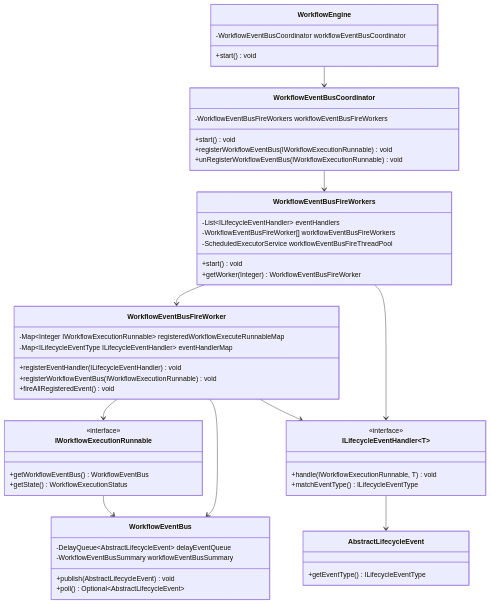
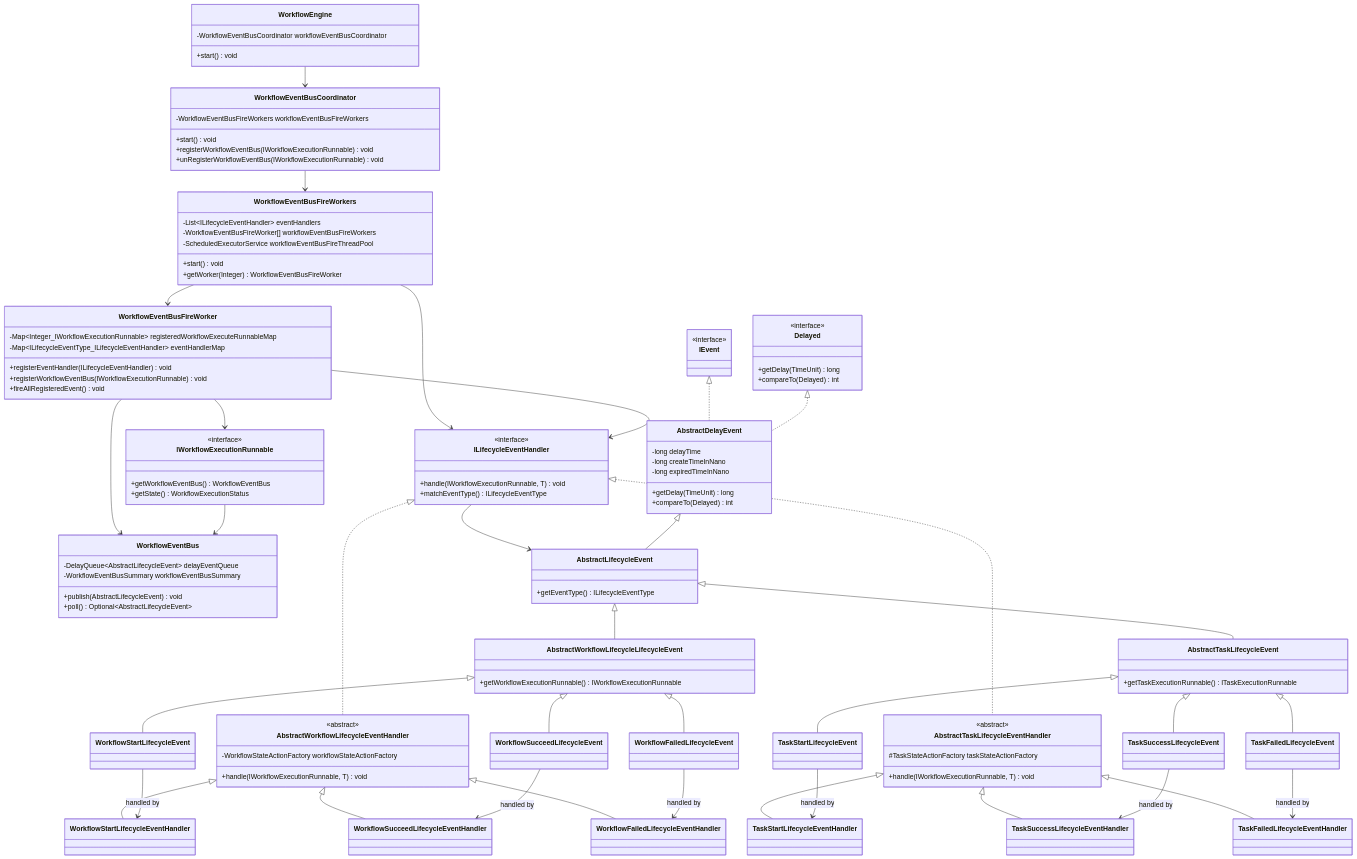
Diagram 12 of 13 in dolphinscheduler-master/analyze/master启动/8-工作流引擎/8-1-工作流事件总线协调器.md (vanchan5/dolphinscheduler), drawn with Mermaid before and after one commit.

Commit message:
[feat] 工作流事件总线协调器

````diff
--- a/dolphinscheduler-master/analyze/master启动/8-工作流引擎/8-1-工作流事件总线协调器.md
+++ b/dolphinscheduler-master/analyze/master启动/8-工作流引擎/8-1-工作流事件总线协调器.md
@@ -540,8 +540,8 @@
     }
     
     class WorkflowEventBusFireWorker {
-        -Map~Integer IWorkflowExecutionRunnable~ registeredWorkflowExecuteRunnableMap
-        -Map~ILifecycleEventType ILifecycleEventHandler~ eventHandlerMap
+        -Map~Integer_IWorkflowExecutionRunnable~ registeredWorkflowExecuteRunnableMap
+        -Map~ILifecycleEventType_ILifecycleEventHandler~ eventHandlerMap
         +registerEventHandler(ILifecycleEventHandler) void
         +registerWorkflowEventBus(IWorkflowExecutionRunnable) void
         +fireAllRegisteredEvent() void
@@ -560,15 +560,69 @@
         +getState() WorkflowExecutionStatus
     }
     
-    class ILifecycleEventHandler~T~ {
+    class IEvent {
+        <<interface>>
+    }
+    
+    class Delayed {
+        <<interface>>
+        +getDelay(TimeUnit) long
+        +compareTo(Delayed) int
+    }
+    
+    class AbstractDelayEvent {
+        -long delayTime
+        -long createTimeInNano
+        -long expiredTimeInNano
+        +getDelay(TimeUnit) long
+        +compareTo(Delayed) int
+    }
+    
+    class AbstractLifecycleEvent {
+        +getEventType() ILifecycleEventType
+    }
+    
+    class AbstractWorkflowLifecycleLifecycleEvent {
+        +getWorkflowExecutionRunnable() IWorkflowExecutionRunnable
+    }
+    
+    class AbstractTaskLifecycleEvent {
+        +getTaskExecutionRunnable() ITaskExecutionRunnable
+    }
+    
+    class ILifecycleEventHandler {
         <<interface>>
         +handle(IWorkflowExecutionRunnable, T) void
         +matchEventType() ILifecycleEventType
     }
     
-    class AbstractLifecycleEvent {
-        +getEventType() ILifecycleEventType
+    class AbstractWorkflowLifecycleEventHandler {
+        <<abstract>>
+        -WorkflowStateActionFactory workflowStateActionFactory
+        +handle(IWorkflowExecutionRunnable, T) void
     }
+    
+    class AbstractTaskLifecycleEventHandler {
+        <<abstract>>
+        #TaskStateActionFactory taskStateActionFactory
+        +handle(IWorkflowExecutionRunnable, T) void
+    }
+    
+    class WorkflowStartLifecycleEvent
+    class WorkflowSucceedLifecycleEvent
+    class WorkflowFailedLifecycleEvent
+    
+    class TaskStartLifecycleEvent
+    class TaskSuccessLifecycleEvent
+    class TaskFailedLifecycleEvent
+    
+    class WorkflowStartLifecycleEventHandler
+    class WorkflowSucceedLifecycleEventHandler
+    class WorkflowFailedLifecycleEventHandler
+    
+    class TaskStartLifecycleEventHandler
+    class TaskSuccessLifecycleEventHandler
+    class TaskFailedLifecycleEventHandler
     
     WorkflowEngine --> WorkflowEventBusCoordinator
     WorkflowEventBusCoordinator --> WorkflowEventBusFireWorkers
@@ -579,4 +633,36 @@
     WorkflowEventBusFireWorker --> WorkflowEventBus
     IWorkflowExecutionRunnable --> WorkflowEventBus
     ILifecycleEventHandler --> AbstractLifecycleEvent
+    
+    IEvent <|.. AbstractDelayEvent
+    Delayed <|.. AbstractDelayEvent
+    AbstractDelayEvent <|-- AbstractLifecycleEvent
+    AbstractLifecycleEvent <|-- AbstractWorkflowLifecycleLifecycleEvent
+    AbstractLifecycleEvent <|-- AbstractTaskLifecycleEvent
+    
+    AbstractWorkflowLifecycleLifecycleEvent <|-- WorkflowStartLifecycleEvent
+    AbstractWorkflowLifecycleLifecycleEvent <|-- WorkflowSucceedLifecycleEvent
+    AbstractWorkflowLifecycleLifecycleEvent <|-- WorkflowFailedLifecycleEvent
+    
+    AbstractTaskLifecycleEvent <|-- TaskStartLifecycleEvent
+    AbstractTaskLifecycleEvent <|-- TaskSuccessLifecycleEvent
+    AbstractTaskLifecycleEvent <|-- TaskFailedLifecycleEvent
+    
+    ILifecycleEventHandler <|.. AbstractWorkflowLifecycleEventHandler
+    ILifecycleEventHandler <|.. AbstractTaskLifecycleEventHandler
+    AbstractWorkflowLifecycleEventHandler <|-- WorkflowStartLifecycleEventHandler
+    AbstractWorkflowLifecycleEventHandler <|-- WorkflowSucceedLifecycleEventHandler
+    AbstractWorkflowLifecycleEventHandler <|-- WorkflowFailedLifecycleEventHandler
+    
+    AbstractTaskLifecycleEventHandler <|-- TaskStartLifecycleEventHandler
+    AbstractTaskLifecycleEventHandler <|-- TaskSuccessLifecycleEventHandler
+    AbstractTaskLifecycleEventHandler <|-- TaskFailedLifecycleEventHandler
+    
+    WorkflowStartLifecycleEvent --> WorkflowStartLifecycleEventHandler : handled by
+    WorkflowSucceedLifecycleEvent --> WorkflowSucceedLifecycleEventHandler : handled by
+    WorkflowFailedLifecycleEvent --> WorkflowFailedLifecycleEventHandler : handled by
+    
+    TaskStartLifecycleEvent --> TaskStartLifecycleEventHandler : handled by
+    TaskSuccessLifecycleEvent --> TaskSuccessLifecycleEventHandler : handled by
+    TaskFailedLifecycleEvent --> TaskFailedLifecycleEventHandler : handled by
 ```
````
